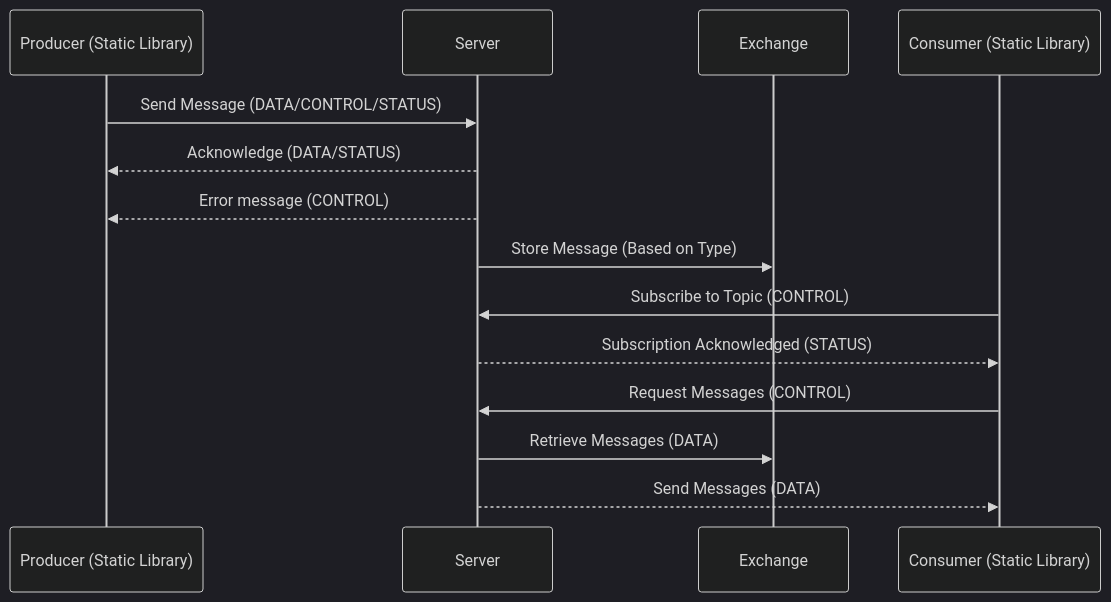
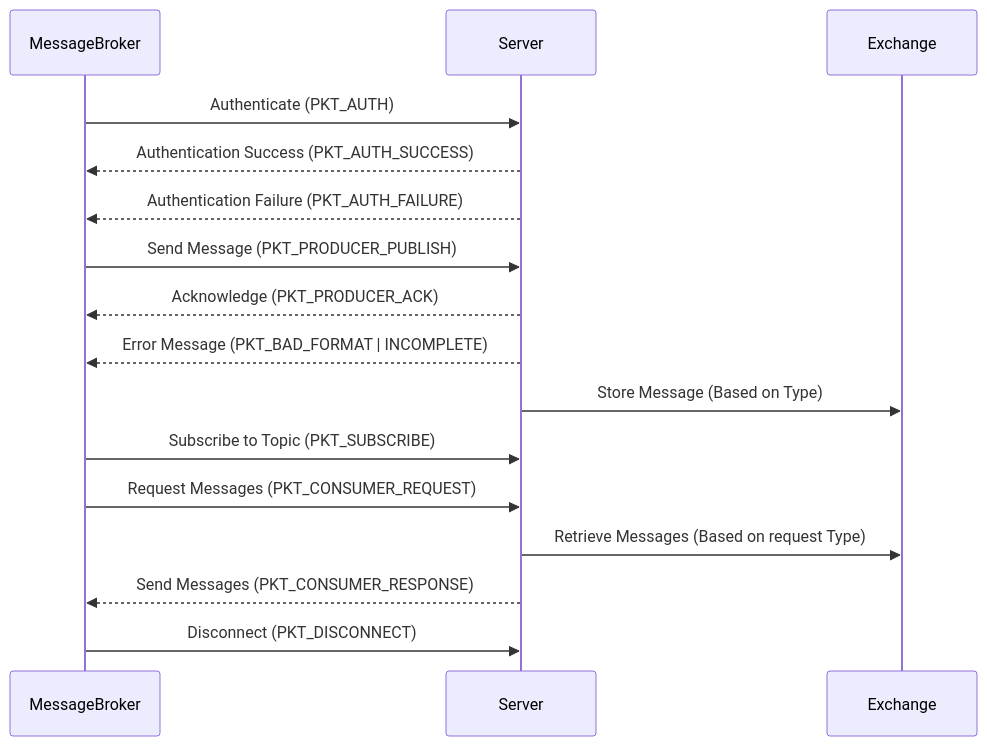
The first of 4 diagrams in README.md (Stoica-Cristian/PSOP), drawn with Mermaid before and after one commit.

````diff
--- a/README.md
+++ b/README.md
@@ -69,22 +69,23 @@
 ```mermaid
-%%{init: {'theme': 'dark'}}%%
 sequenceDiagram
-    participant Producer (Static Library)
+    participant MessageBroker
     participant Server
     participant Exchange
-    participant Consumer (Static Library)
 
-    Producer (Static Library)->>Server: Send Message (DATA/CONTROL/STATUS)
-    Server-->>Producer (Static Library): Acknowledge (DATA/STATUS)
-    Server-->>Producer (Static Library): Error message (CONTROL)
+    MessageBroker->>Server: Authenticate (PKT_AUTH)
+    Server-->>MessageBroker: Authentication Success (PKT_AUTH_SUCCESS)
+    Server-->>MessageBroker: Authentication Failure (PKT_AUTH_FAILURE)
+
+    MessageBroker->>Server: Send Message (PKT_PRODUCER_PUBLISH)
+    Server-->>MessageBroker: Acknowledge (PKT_PRODUCER_ACK)
+    Server-->>MessageBroker: Error Message (PKT_BAD_FORMAT | INCOMPLETE)
 
     Server->>Exchange: Store Message (Based on Type)
 
-    Consumer (Static Library)->>Server: Subscribe to Topic (CONTROL)
-    Server-->>Consumer (Static Library): Subscription Acknowledged (STATUS)
+    MessageBroker->>Server: Subscribe to Topic (PKT_SUBSCRIBE)
 
-    Consumer (Static Library)->>Server: Request Messages (CONTROL)
-    Server->>Exchange: Retrieve Messages (DATA)
-    Server-->>Consumer (Static Library): Send Messages (DATA)
-
+    MessageBroker->>Server: Request Messages (PKT_CONSUMER_REQUEST)
+    Server->>Exchange: Retrieve Messages (Based on request Type)
+    Server-->>MessageBroker: Send Messages (PKT_CONSUMER_RESPONSE)
+    MessageBroker->>Server: Disconnect (PKT_DISCONNECT)
 ```
````
